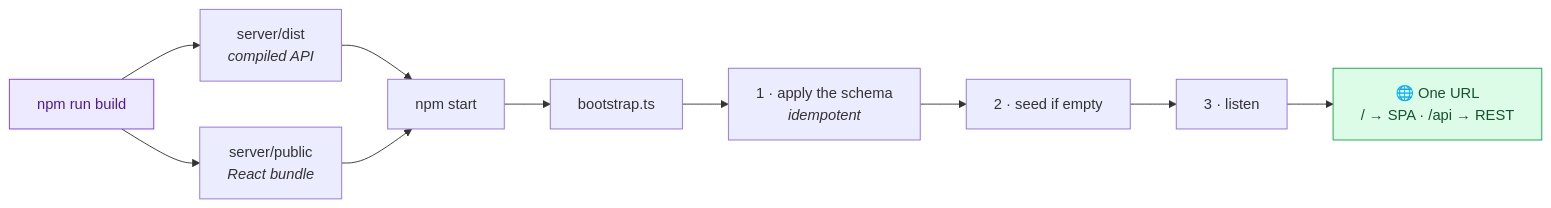
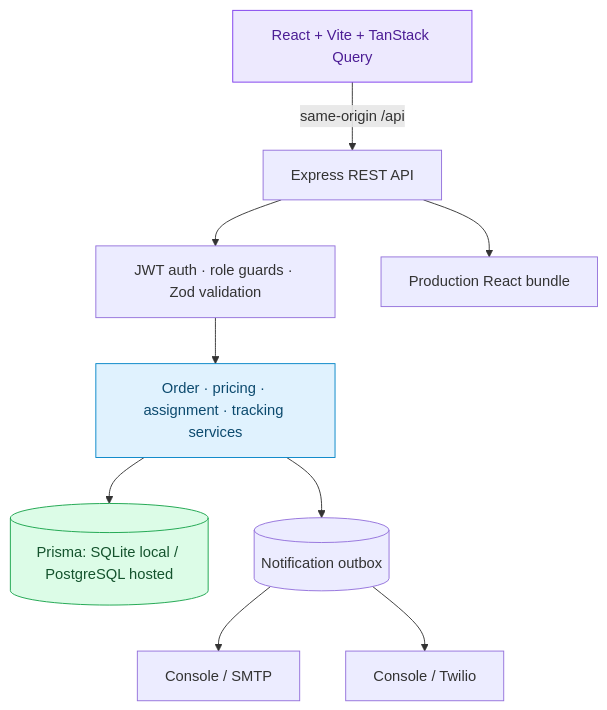
Before and after one commit to Shanmuk4622/Unthinkable-LastMile-Delivery-Track-assignment: the third of 3 diagrams in README.md, drawn with Mermaid. The commit also changed other lines of this file and 11 other files, not shown here.

````diff
--- a/README.md
+++ b/README.md
@@ -1107,14 +205,15 @@
 ```mermaid
-flowchart LR
-    A["npm run build"] --> B["server/dist<br/><i>compiled API</i>"]
-    A --> C["server/public<br/><i>React bundle</i>"]
-    B & C --> D["npm start"]
-    D --> E["bootstrap.ts"]
-    E --> F["1 · apply the schema<br/><i>idempotent</i>"]
-    F --> G["2 · seed if empty"]
-    G --> H["3 · listen"]
-    H --> I["🌐 One URL<br/>/ → SPA  ·  /api → REST"]
+flowchart TB
+    UI[React + Vite + TanStack Query] -->|same-origin /api| API[Express REST API]
+    API --> MW[JWT auth · role guards · Zod validation]
+    MW --> SVC[Order · pricing · assignment · tracking services]
+    SVC --> DB[(Prisma: SQLite local / PostgreSQL hosted)]
+    SVC --> OUT[(Notification outbox)]
+    OUT --> MAIL[Console / SMTP]
+    OUT --> SMS[Console / Twilio]
+    API --> STATIC[Production React bundle]
 
-    style A fill:#ede9fe,stroke:#7c3aed,color:#4c1d95
-    style I fill:#dcfce7,stroke:#16a34a,color:#14532d
+    style UI fill:#ede9fe,stroke:#7c3aed,color:#4c1d95
+    style SVC fill:#e0f2fe,stroke:#0284c7,color:#0c4a6e
+    style DB fill:#dcfce7,stroke:#16a34a,color:#14532d
 ```
````
